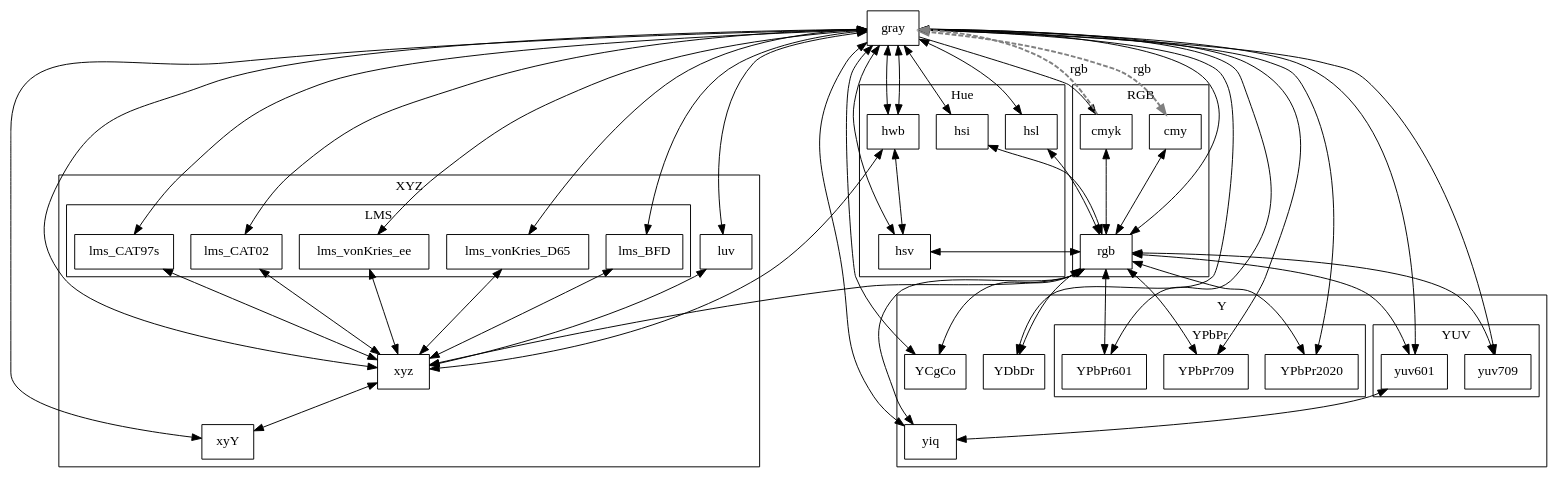
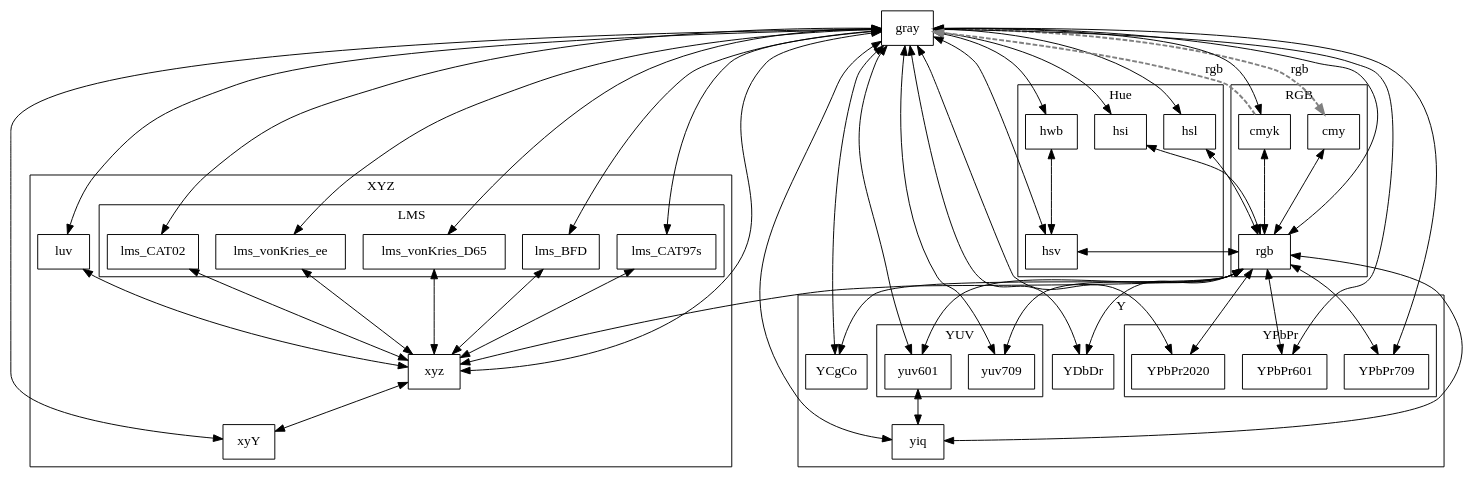
One commit to dmilos/color changed the diagram in doc/gv/conv.gv. Above: the diagram before and after it, drawn with Graphviz. The commit also changed 10 other files, not shown here.

Commit message:
* new: [doc] Introduced HWB in to documentation * test:[internal] More efficient testing, * fix:[internal] lab->hwb conversion

```diff
--- a/doc/gv/conv.gv
+++ b/doc/gv/conv.gv
@@ -1,138 +1,135 @@
 digraph color_conversion {
 	node [ shape ="box" ];
 	//gray [ color=gray, penwidth = 5 ];
 	//rgb [ style=striped , fillcolor="red:green:blue" ];
 
 	cmy  -> gray [ label = "rgb", style=dashed, color=gray, penwidth = 2, dir=both ];
 	cmy  -> rgb  [ label = "", dir=both  ];
 
 	cmyk -> gray[ label = "rgb", style=dashed, color=gray, penwidth = 2, dir=forward ];
 	cmyk -> rgb [ label = "", dir=both ];
 
 	gray -> cmyk [ label = "", dir=forward  ];
-	gray -> hwb   [ label = "", dir=both  ];
 	gray -> hsi   [ label = "", dir=both ];
 	gray -> hsl   [ label = "", dir=both ];
 	gray -> hsv   [ label = "", dir=both  ];
 	gray -> hwb   [ label = "", dir=both ];
 	gray -> rgb   [ label = "", dir=both ];
 	gray -> xyz   [ label = "", dir=both ];
 	gray -> YCgCo [ label = "", dir=both ];
 	gray -> YDbDr [ label = "", dir=both ];
 	gray -> yiq   [ label = "", dir=both ];
 	gray -> YPbPr601  [ label = "", dir=both ];
 	gray -> YPbPr709  [ label = "", dir=both ];
 	gray -> YPbPr2020 [ label = "", dir=both ];
 	gray -> yuv601   [ label = "", dir=both ];
 	gray -> yuv709   [ label = "", dir=both ];
 
 	gray -> lms_vonKries_ee   [ label = "", dir=both ];
 	gray -> lms_vonKries_D65   [ label = "", dir=both ];
 	gray -> lms_BFD   [ label = "", dir=both ];
 	gray -> lms_CAT97s   [ label = "", dir=both ];
 	gray -> lms_CAT02   [ label = "", dir=both ];
 	gray -> luv   [ label = "", dir=both ];
 	gray -> xyY   [ label = "", dir=both ];
 
 	hwb  -> hsv[ label = "", dir=both ];
 
 	hsi  -> rgb [ label = "", dir=both ];
 
 	hsl  -> rgb [ label = "", dir=both ];
 
 	hsv  -> rgb [ label = "", dir=both ];
 
-	hwb -> xyz [ label = "", dir=both ];
 	lms_vonKries_ee -> xyz[ label = "", dir=both ];
 	lms_vonKries_D65 -> xyz[ label = "", dir=both ];
 	lms_BFD  -> xyz[ label = "", dir=both ];
 	lms_CAT97s -> xyz[ label = "", dir=both ];
 	lms_CAT02  -> xyz[ label = "", dir=both ];
 	luv -> xyz [ label = "", dir=both ];
 
 	rgb -> xyz   [ label = "", dir=both ];
 	rgb -> YCgCo [ label = "", dir=both ];
 	rgb -> YDbDr [ label = "", dir=both ];
 	rgb -> yiq   [ label = "", dir=both ];
 	rgb -> YPbPr601  [ label = "", dir=both ];
 	rgb -> YPbPr709  [ label = "", dir=both ];
 	rgb -> YPbPr2020 [ label = "", dir=both ];
 	rgb -> yuv601[ label = "", dir=both ];
 	rgb -> yuv709[ label = "", dir=both ];
 
 	//xyz -> Hunter  [ label = "", dir=both ];
 	xyz -> xyY     [ label = "", dir=both ];
-	//hwb -> LCHab   [ label = "", dir=both ];
-	//Luv -> LCHub   [ label = "", dir=both ];
+	//lab -> LCHab   [ label = "", dir=both ];
+	//luv -> LCHub   [ label = "", dir=both ];
 
 	//yuv -> yuv   [ label = "", dir=both ];
 
 	yuv601 -> yiq   [ label = "", dir=both ];
 
 	subgraph cluster_hue
 	{
 		label = "Hue";
 		node [ ] hwb;
 		node [ ] hsi;
 		node [ ] hsl;
 		node [ ] hsv;
 	}
 
 	subgraph cluster_Y
 	{
 		label = "Y";
 		node [ ] YCgCo;
 		node [ ] YDbDr;
 		node [ ] yiq  ;
 		node [ ] YPbPr601 ;
 		node [ ] YPbPr709 ;
 		node [ ] YPbPr2020;
 		node [ ] yuv601;
 		node [ ] yuv709;
 		subgraph cluster_yuv
 		{
 			label = "YUV";
 			node [ ] yuv601;
 			node [ ] yuv709;
 		}
 		subgraph cluster_YPbPr
 		{
 			label = "YPbPr";
 			node [ ] YPbPr601 ;
 			node [ ] YPbPr709 ;
 			node [ ] YPbPr2020;
 		}
 	}
 
 	subgraph cluster_CIE
 	{
 		label = "XYZ";
 		node [ ] xyz;
 		//node [ ] Hunter;
 		node [ ] xyY;
-		node [ ] hwb;
 		node [ ] luv;
 		subgraph cluster_LMS
 		{
 			label = "LMS";
 			node [ ] lms_vonKries_ee;
 			node [ ] lms_vonKries_D65;
 			node [ ] lms_BFD;
 			node [ ] lms_CAT97s;
 			node [ ] lms_CAT02;
 		}
 
 		//node [ ] LCHab;
 		//node [ ] LCHub;
 	}
 
 	subgraph cluster_RGB
 	{
 		label = "RGB";
 		node [ ] cmy;
 		node [ ] rgb;
 		node [ ] cmyk;
 	}
 
 
 }
```
